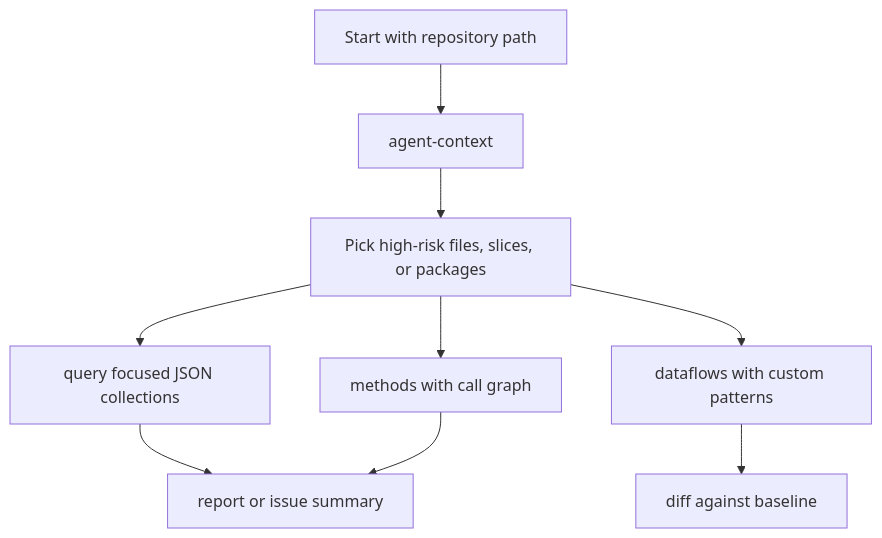
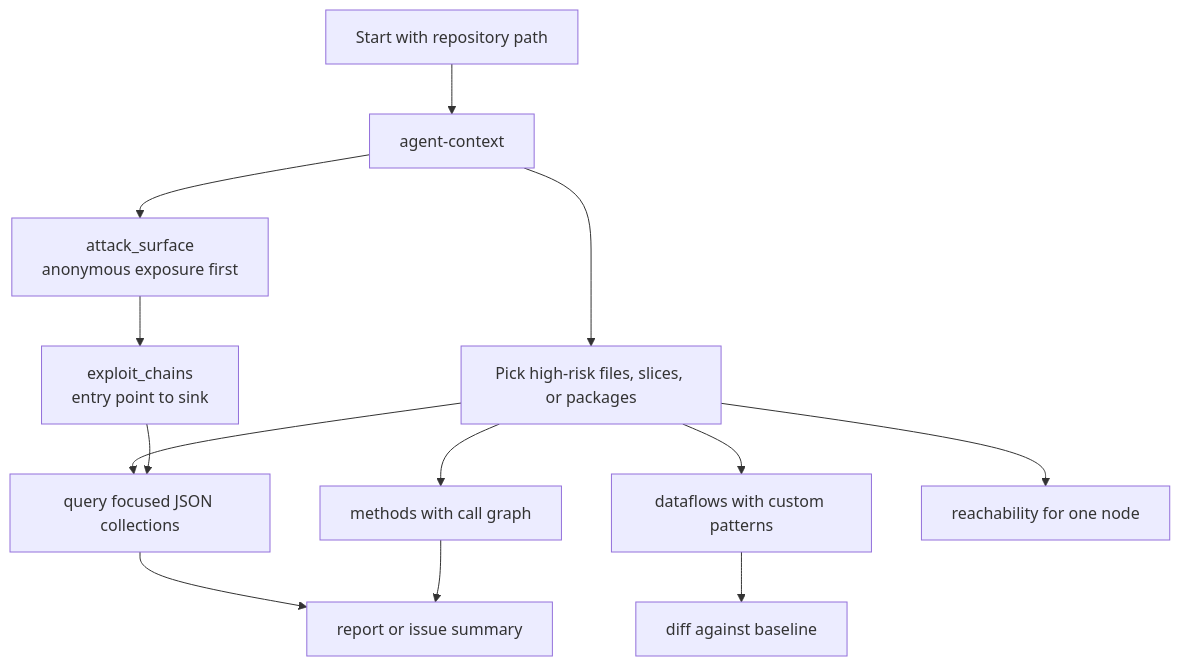
Before and after one commit to owasp-dep-scan/dosai: the diagram in docs/agent-workflows.md, drawn with Mermaid. The commit also changed other lines of this file and 74 other files, not shown here.

Commit message:
Update docs, lessons, and code comments for schema 4.1.0 feature set (#50)

````diff
--- a/docs/agent-workflows.md
+++ b/docs/agent-workflows.md
@@ -9,11 +9,15 @@
 ```mermaid
 flowchart TD
     Start[Start with repository path] --> Context[agent-context]
+    Context --> Surface[attack_surface<br/>anonymous exposure first]
     Context --> Decide[Pick high-risk files, slices, or packages]
+    Surface --> Chains[exploit_chains<br/>entry point to sink]
     Decide --> Query[query focused JSON collections]
+    Chains --> Query
     Decide --> Dataflows[dataflows with custom patterns]
     Decide --> Methods[methods with call graph]
+    Decide --> Reach[reachability for one node]
     Query --> Report[report or issue summary]
     Dataflows --> Diff[diff against baseline]
     Methods --> Report
 ```
````
